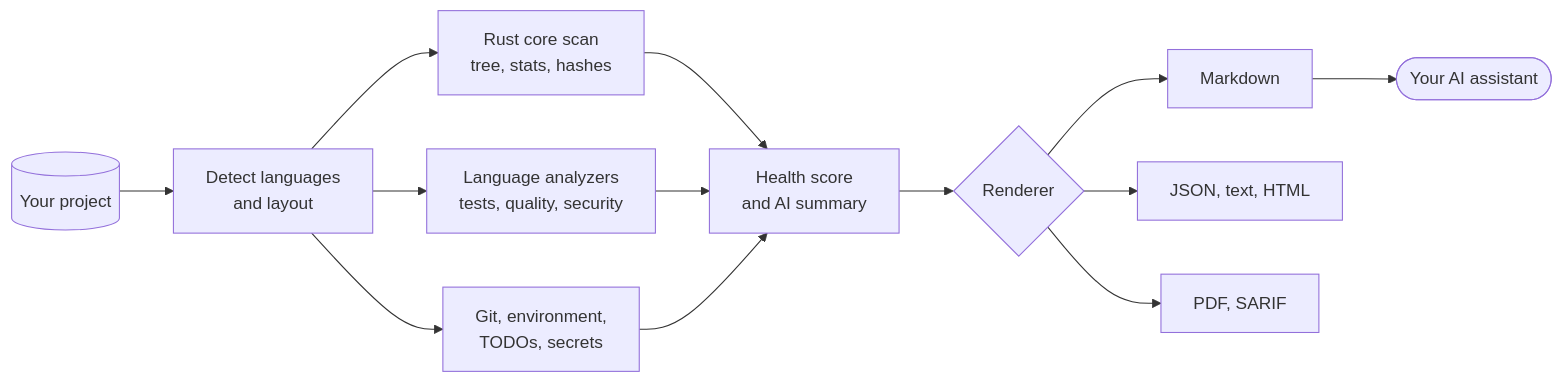
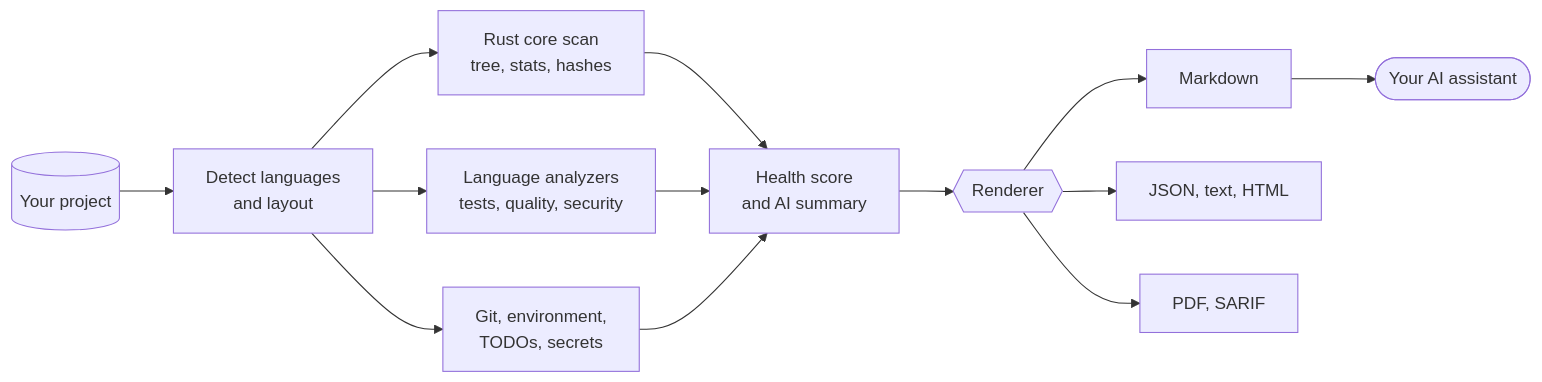
The diagram in README.fa.md (msoleimani62/sarand), drawn with Mermaid before and after one commit. The commit also changed other lines of this file and 21 other files, not shown here.

````diff
--- a/README.fa.md
+++ b/README.fa.md
@@ -101,15 +116,15 @@
 ```mermaid
 flowchart LR
     P[("Your project")] --> D["Detect languages<br/>and layout"]
     D --> S["Rust core scan<br/>tree, stats, hashes"]
     D --> A["Language analyzers<br/>tests, quality, security"]
     D --> G["Git, environment,<br/>TODOs, secrets"]
     S --> H["Health score<br/>and AI summary"]
     A --> H
     G --> H
-    H --> R{"Renderer"}
+    H --> R{{"Renderer"}}
     R --> O1["Markdown"]
     R --> O2["JSON, text, HTML"]
     R --> O3["PDF, SARIF"]
     O1 --> AI(["Your AI assistant"])
 ```
````
